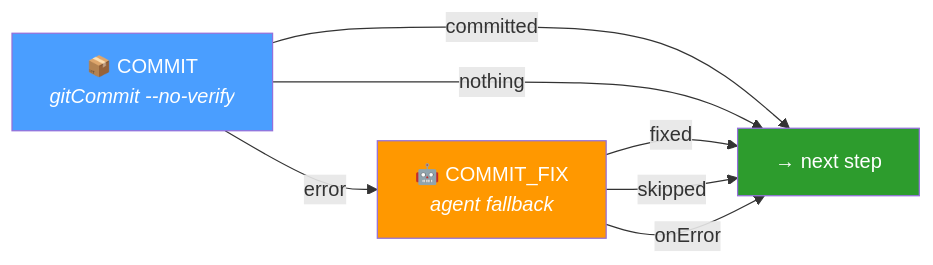
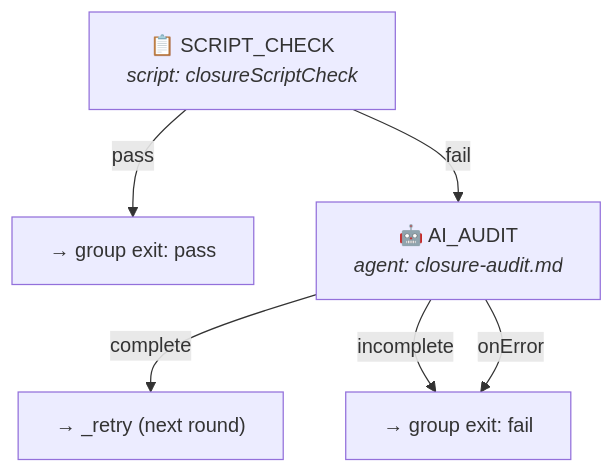
One commit to entropy-cloud/nop-entropy changed the first of 3 diagrams in ai-dev/design/opencode-goal-driver/flow-engine-design.md. Above: the diagram before and after it, drawn with Mermaid. The commit also changed other lines of this file and 4 other files, not shown here.

````diff
--- a/ai-dev/design/opencode-goal-driver/flow-engine-design.md
+++ b/ai-dev/design/opencode-goal-driver/flow-engine-design.md
@@ -499,14 +406,10 @@
 ```mermaid
-flowchart LR
-    COMMIT["📦 COMMIT<br/><i>gitCommit --no-verify</i>"]
-    COMMIT -->|committed| NEXT["→ next step"]
-    COMMIT -->|nothing| NEXT
-    COMMIT -->|error| FIX["🤖 COMMIT_FIX<br/><i>agent fallback</i>"]
-    FIX -->|fixed| NEXT
-    FIX -->|skipped| NEXT
-    FIX -->|onError| NEXT
+flowchart TD
+    CHECK["📋 SCRIPT_CHECK<br/><i>script: closureScriptCheck</i>"]
+    CHECK -->|pass| PASS["→ group exit: pass"]
+    CHECK -->|fail| AI["🤖 AI_AUDIT<br/><i>agent: closure-audit.md</i>"]
 
-    style COMMIT fill:#4a9eff,color:#fff
-    style FIX fill:#ff9800,color:#fff
-    style NEXT fill:#2d9c2d,color:#fff
+    AI -->|complete| RETRY["→ _retry (next round)"]
+    AI -->|incomplete| FAIL["→ group exit: fail"]
+    AI -->|onError| FAIL
 ```
````
